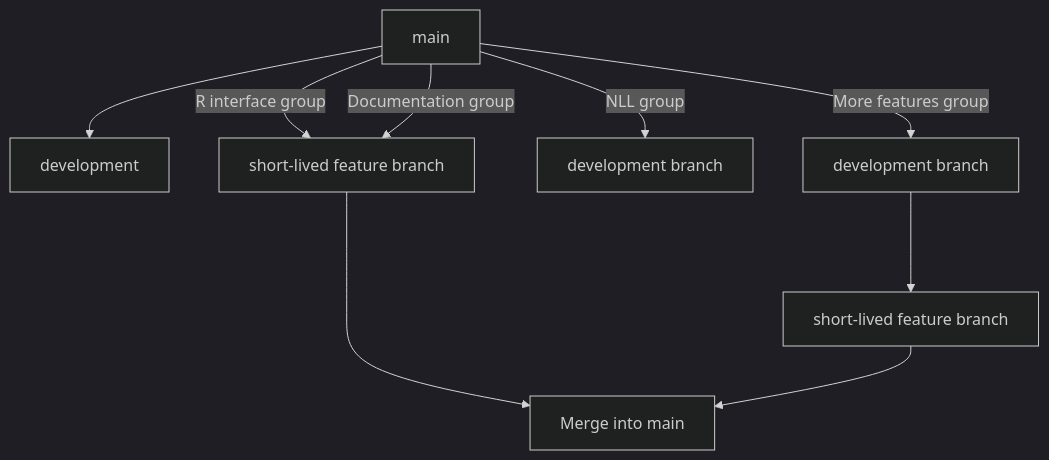
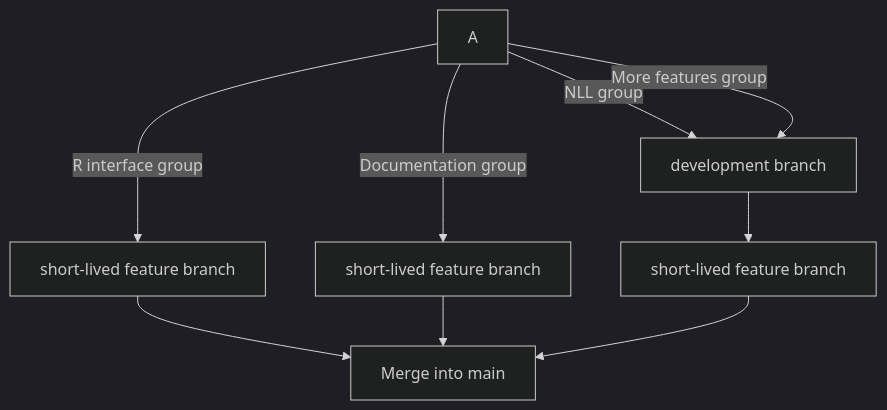
Before and after one commit to NOAA-FIMS/collaborative_workflow: the diagram in 02-FIMS-Project-Overview.Rmd, drawn with Mermaid (dark theme).

Commit message:
Update 02-FIMS-Project-Overview.Rmd
fix branch diagram

````diff
--- a/02-FIMS-Project-Overview.Rmd
+++ b/02-FIMS-Project-Overview.Rmd
@@ -170,11 +170,11 @@
 ```mermaid
-flowchart TD
-    A[main] -->B[development];
+graph TD
     A -- R interface group --> C[short-lived feature branch];
-    A -- Documentation group --> C[short-lived feature branch];
+    A -- Documentation group --> D[short-lived feature branch];
     A -- NLL group --> E[development branch];
-    A -- More features group --> F[development branch];
-    F ---> G[short-lived feature branch];
-    C ----> H[Merge into main];
-    G --> H;
+    A -- More features group --> E[development branch];
+    E --> F[short-lived feature branch];
+    C --> G[Merge into main];
+    D-->G;
+    F --> G;
 ```
````
